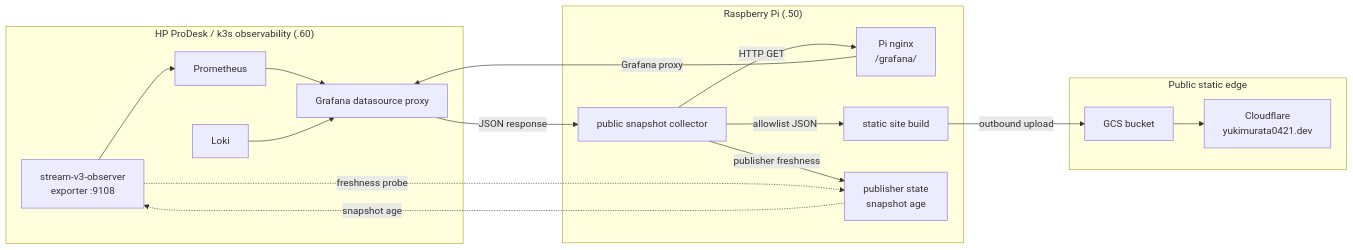
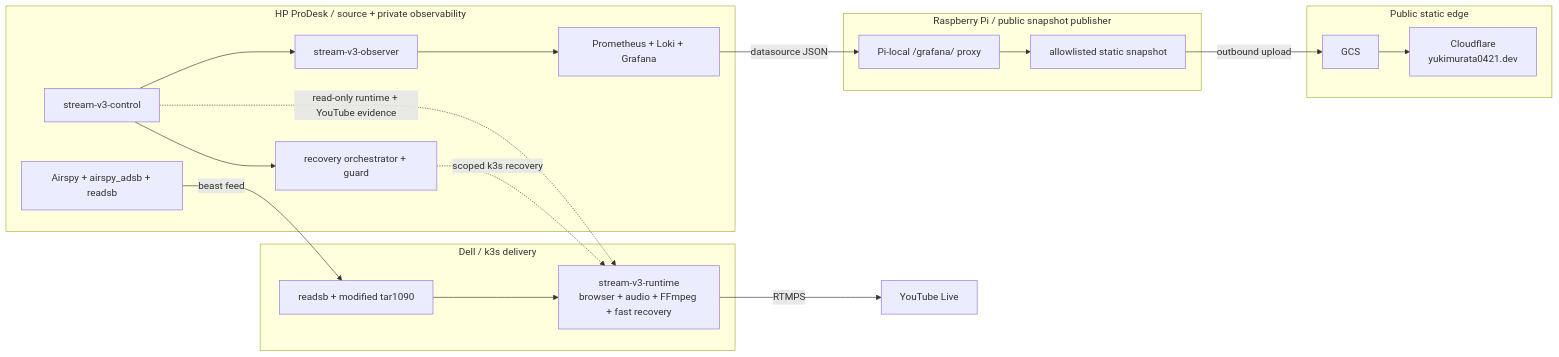
The diagram in README.md (yukimurata0421/live-stream-systems-case-study), drawn with Mermaid before and after one commit. The commit also changed other lines of this file and 19 other files, not shown here.

Commit message:
Refine public monitoring evidence

````diff
--- a/README.md
+++ b/README.md
@@ -215,32 +72,39 @@
 ```mermaid
 flowchart LR
-    subgraph PD["HP ProDesk / k3s observability (.60)"]
-        OBS["stream-v3-observer<br/>exporter :9108"]
-        PROM["Prometheus"]
-        LOKI["Loki"]
-        GRAF["Grafana datasource proxy"]
+    subgraph PD["HP ProDesk / source + private observability"]
+        AIR["Airspy + airspy_adsb + readsb"]
+        MON["stream-v3-control"]
+        EXP["stream-v3-observer"]
+        GRAF["Prometheus + Loki + Grafana"]
+        GUARD["recovery orchestrator + guard"]
+        MON --> EXP --> GRAF
+        MON --> GUARD
     end
 
-    subgraph RPI["Raspberry Pi (.50)"]
-        NGINX["Pi nginx<br/>/grafana/"]
-        COLL["public snapshot collector"]
-        PUB["static site build"]
-        PISTATE["publisher state<br/>snapshot age"]
+    subgraph DELL["Dell / k3s delivery"]
+        RS["readsb + modified tar1090"]
+        RUN["stream-v3-runtime<br/>browser + audio + FFmpeg + fast recovery"]
+        RS --> RUN
+    end
+
+    subgraph PI["Raspberry Pi / public snapshot publisher"]
+        PROXY["Pi-local /grafana/ proxy"]
+        BUILD["allowlisted static snapshot"]
+        PROXY --> BUILD
     end
 
     subgraph EDGE["Public static edge"]
-        GCS["GCS bucket"]
+        GCS["GCS"]
         CF["Cloudflare<br/>yukimurata0421.dev"]
+        GCS --> CF
     end
 
-    OBS --> PROM --> GRAF
-    LOKI --> GRAF
-    COLL -->|"HTTP GET"| NGINX
-    NGINX -->|"Grafana proxy"| GRAF
-    GRAF -->|"JSON response"| COLL
-    COLL -->|"allowlist JSON"| PUB
-    COLL -->|"publisher freshness"| PISTATE
-    PUB -->|"outbound upload"| GCS --> CF
-    OBS -. freshness probe .-> PISTATE
-    PISTATE -. snapshot age .-> OBS
+    YT["YouTube Live"]
+
+    AIR -->|"beast feed"| RS
+    RUN -->|"RTMPS"| YT
+    MON -. "read-only runtime + YouTube evidence" .-> RUN
+    GUARD -. "scoped k3s recovery" .-> RUN
+    GRAF -->|"datasource JSON"| PROXY
+    BUILD -->|"outbound upload"| GCS
 ```
````
